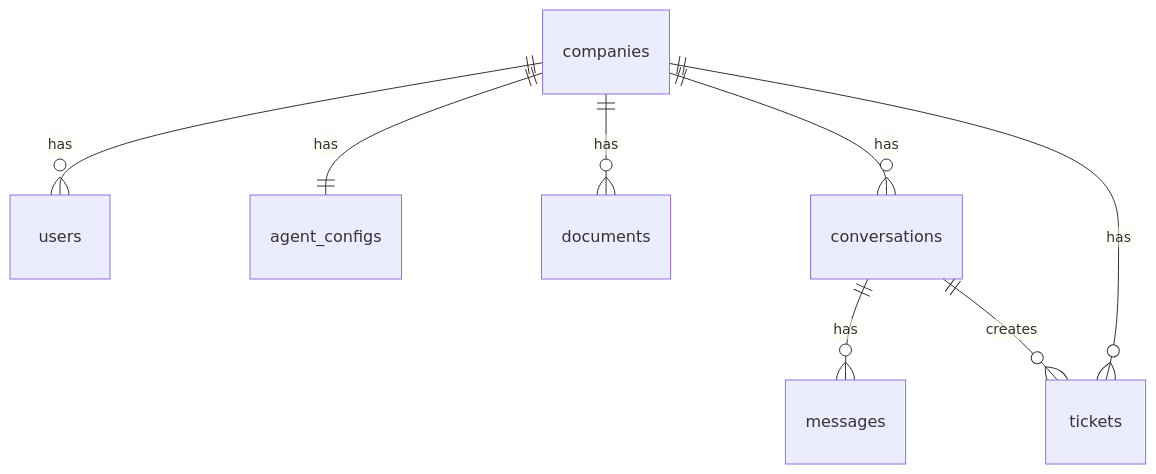
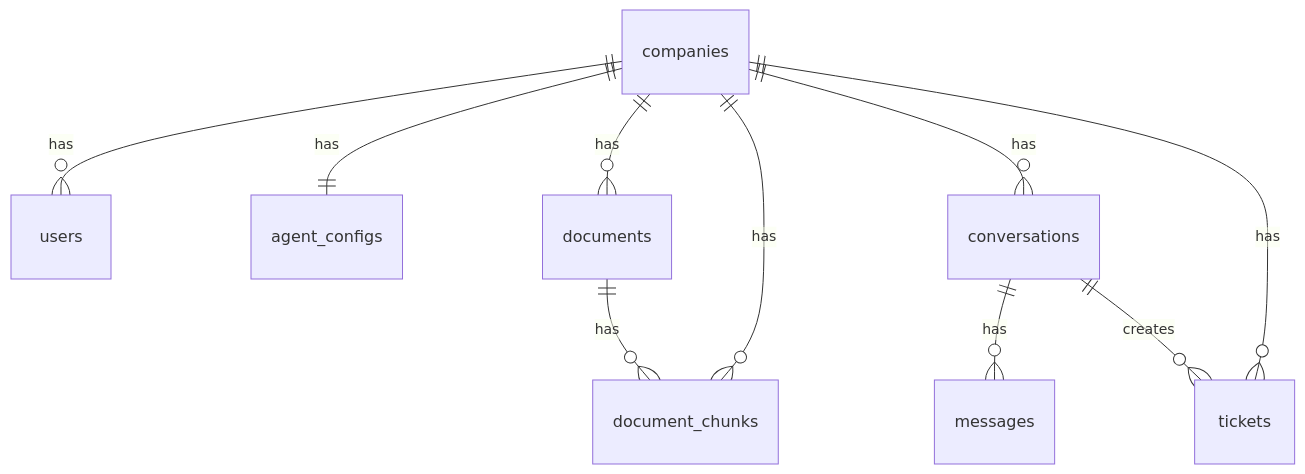
Before and after one commit to Mardock137/mdk_frontline: the diagram in docs/architecture.md, drawn with Mermaid. The commit also changed other lines of this file and 29 other files, not shown here.

````diff
--- a/docs/architecture.md
+++ b/docs/architecture.md
@@ -65,10 +66,12 @@
 ```mermaid
 erDiagram
     companies ||--o{ users : has
     companies ||--|| agent_configs : has
     companies ||--o{ documents : has
+    documents ||--o{ document_chunks : has
+    companies ||--o{ document_chunks : has
     companies ||--o{ conversations : has
     companies ||--o{ tickets : has
     conversations ||--o{ messages : has
     conversations ||--o{ tickets : creates
 ```
````
